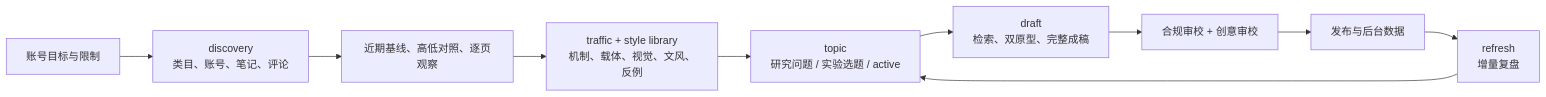
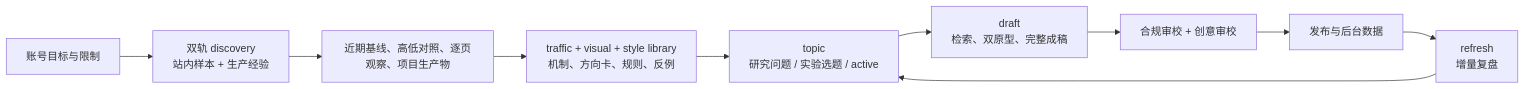
Before and after one commit to Sciiaok/redbook-writing-skill: the first of 2 diagrams in README.md, drawn with Mermaid. The commit also changed other lines of this file, not shown here.

````diff
--- a/README.md
+++ b/README.md
@@ -30,12 +43,12 @@
 ```mermaid
 flowchart LR
-    A["账号目标与限制"] --> B["discovery<br/>类目、账号、笔记、评论"]
-    B --> C["近期基线、高低对照、逐页观察"]
-    C --> S["traffic + style library<br/>机制、载体、视觉、文风、反例"]
+    A["账号目标与限制"] --> B["双轨 discovery<br/>站内样本 + 生产经验"]
+    B --> C["近期基线、高低对照、逐页观察、项目生产物"]
+    C --> S["traffic + visual + style library<br/>机制、方向卡、规则、反例"]
     S --> D["topic<br/>研究问题 / 实验选题 / active"]
     D --> E["draft<br/>检索、双原型、完整成稿"]
     E --> F["合规审校 + 创意审校"]
     F --> G["发布与后台数据"]
     G --> H["refresh<br/>增量复盘"]
     H --> D
 ```
````
